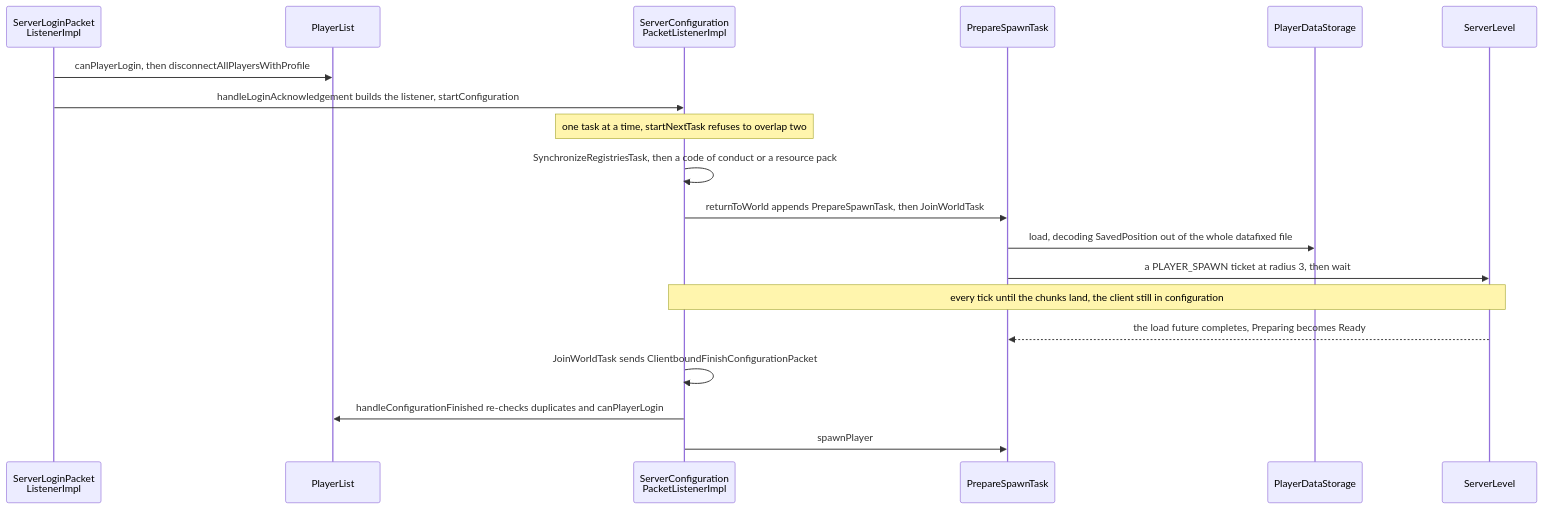
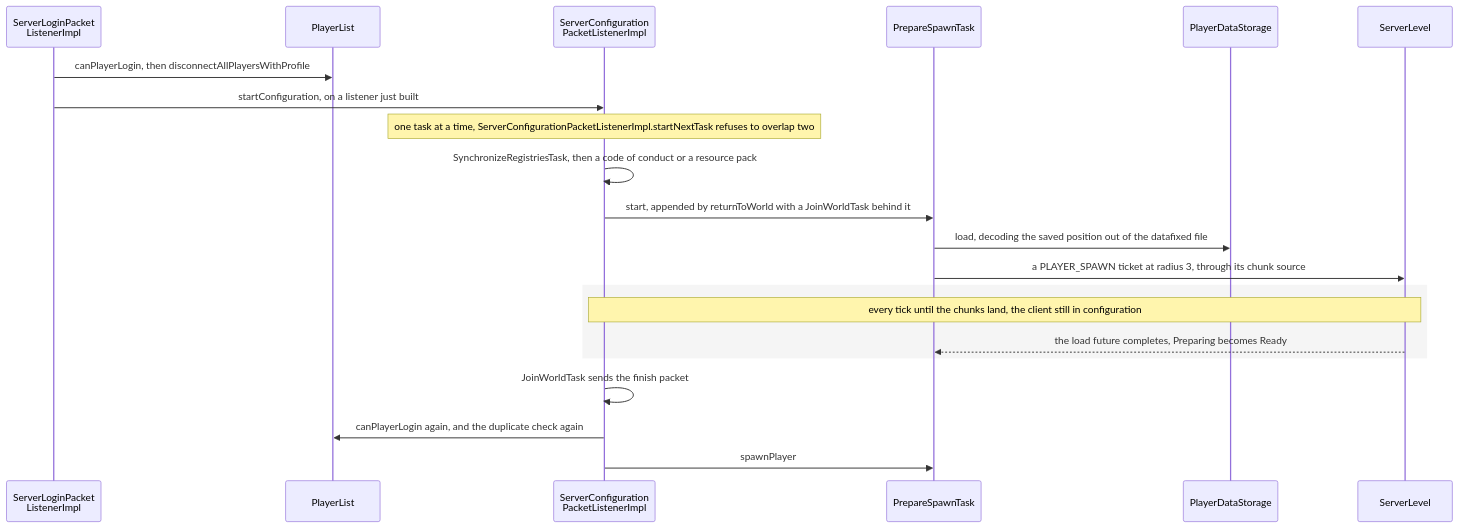
Before and after one commit to AlexanderjFraser/MinecraftDocs: the first of 2 diagrams in src/systems/server/players-and-sessions.md, drawn with Mermaid. The commit also changed other lines of this file and 12 other files, not shown here.

````diff
--- a/src/systems/server/players-and-sessions.md
+++ b/src/systems/server/players-and-sessions.md
@@ -89,22 +89,24 @@
 ```mermaid
 sequenceDiagram
     participant SLPL as ServerLoginPacket<br/>ListenerImpl
     participant PL as PlayerList
     participant SCPL as ServerConfiguration<br/>PacketListenerImpl
     participant PST as PrepareSpawnTask
     participant PDS as PlayerDataStorage
     participant SL as ServerLevel
 
     SLPL->>PL: canPlayerLogin, then disconnectAllPlayersWithProfile
-    SLPL->>SCPL: handleLoginAcknowledgement builds the listener, startConfiguration
-    Note over SCPL: one task at a time, startNextTask refuses to overlap two
+    SLPL->>SCPL: startConfiguration, on a listener just built
+    Note over SCPL: one task at a time, ServerConfigurationPacketListenerImpl.startNextTask refuses to overlap two
     SCPL->>SCPL: SynchronizeRegistriesTask, then a code of conduct or a resource pack
-    SCPL->>PST: returnToWorld appends PrepareSpawnTask, then JoinWorldTask
-    PST->>PDS: load, decoding SavedPosition out of the whole datafixed file
-    PST->>SL: a PLAYER_SPAWN ticket at radius 3, then wait
-    Note over SCPL,SL: every tick until the chunks land, the client still in configuration
-    SL-->>PST: the load future completes, Preparing becomes Ready
-    SCPL->>SCPL: JoinWorldTask sends ClientboundFinishConfigurationPacket
-    SCPL->>PL: handleConfigurationFinished re-checks duplicates and canPlayerLogin
+    SCPL->>PST: start, appended by returnToWorld with a JoinWorldTask behind it
+    PST->>PDS: load, decoding the saved position out of the datafixed file
+    PST->>SL: a PLAYER_SPAWN ticket at radius 3, through its chunk source
+    rect rgba(0, 0, 0, 0.04)
+        Note over SCPL,SL: every tick until the chunks land, the client still in configuration
+        SL-->>PST: the load future completes, Preparing becomes Ready
+    end
+    SCPL->>SCPL: JoinWorldTask sends the finish packet
+    SCPL->>PL: canPlayerLogin again, and the duplicate check again
     SCPL->>PST: spawnPlayer
 ```
````
